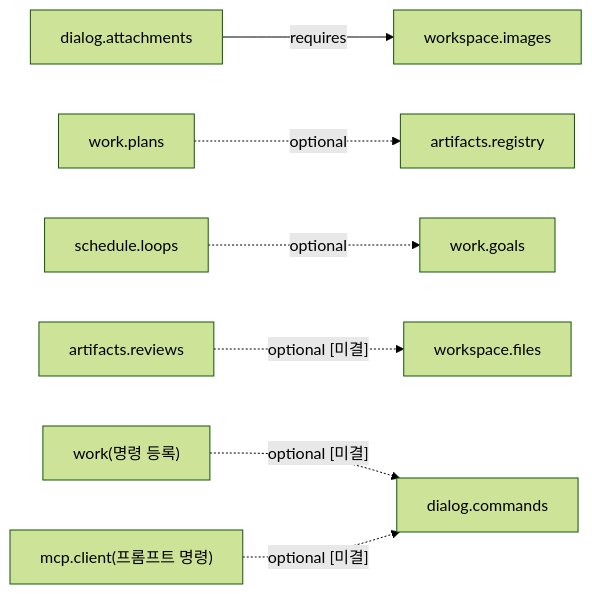
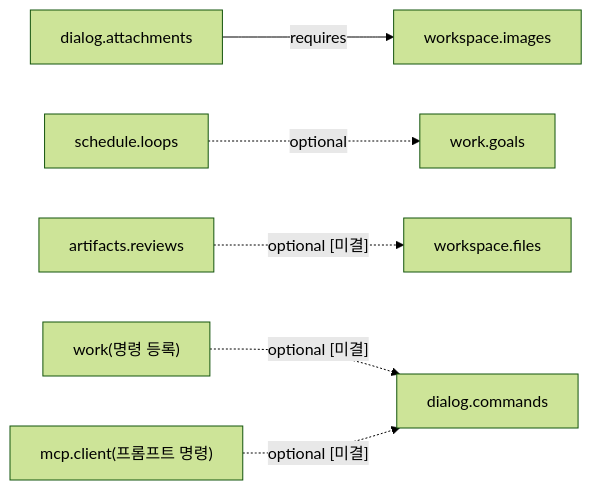
Before and after one commit to Rengod95/Helm-Agent_Docs_OS: the diagram in docs/xeon/L2/README.md, drawn with Mermaid (forest theme). The commit also changed other lines of this file and 41 other files, not shown here.

````diff
--- a/docs/xeon/L2/README.md
+++ b/docs/xeon/L2/README.md
@@ -274,9 +274,8 @@
 ```mermaid
 flowchart LR
   dialog_attachments["dialog.attachments"] -->|requires| workspace_images["workspace.images"]
-  work_plans["work.plans"] -.->|optional| artifacts_registry["artifacts.registry"]
   schedule_loops["schedule.loops"] -.->|optional| work_goals["work.goals"]
   artifacts_reviews["artifacts.reviews"] -.->|"optional [미결]"| workspace_files["workspace.files"]
   work_cmds["work(명령 등록)"] -.->|"optional [미결]"| dialog_commands["dialog.commands"]
   mcp_client["mcp.client(프롬프트 명령)"] -.->|"optional [미결]"| dialog_commands
 ```
````
